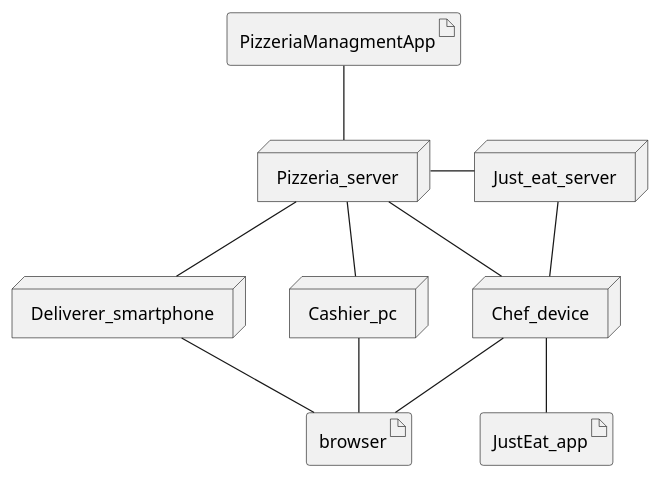
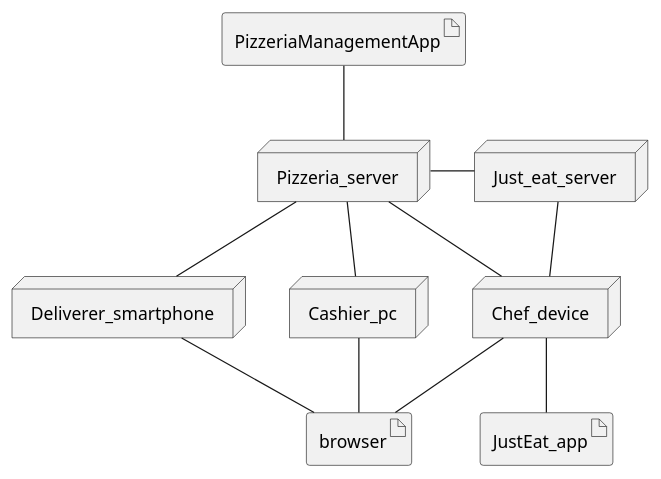
The second of 2 diagrams in ReportToBe.md (MattiaRiola/is-pizzeria-project), drawn with PlantUML before and after one commit. The commit also changed other lines of this file, not shown here.

````diff
--- a/ReportToBe.md
+++ b/ReportToBe.md
@@ -187,24 +188,24 @@
 ```plantuml
 @startuml
 node Just_eat_server
 node Pizzeria_server
 node Deliverer_smartphone
 node Cashier_pc
 node Chef_device
 
 artifact JustEat_app
 artifact browser
-artifact PizzeriaManagmentApp
+artifact PizzeriaManagementApp
 
 Just_eat_server -- Chef_device
 Pizzeria_server -r- Just_eat_server
 JustEat_app -u- Chef_device
 Pizzeria_server -- Cashier_pc
 Pizzeria_server -- Deliverer_smartphone
 Pizzeria_server -- Chef_device 
-Pizzeria_server -u- PizzeriaManagmentApp
-[Deliverer_smartphone]  -- browser
+Pizzeria_server -u- PizzeriaManagementApp
+Deliverer_smartphone  -- browser
 Chef_device  -- browser
 Cashier_pc  -- browser
 @enduml
 ```
````
